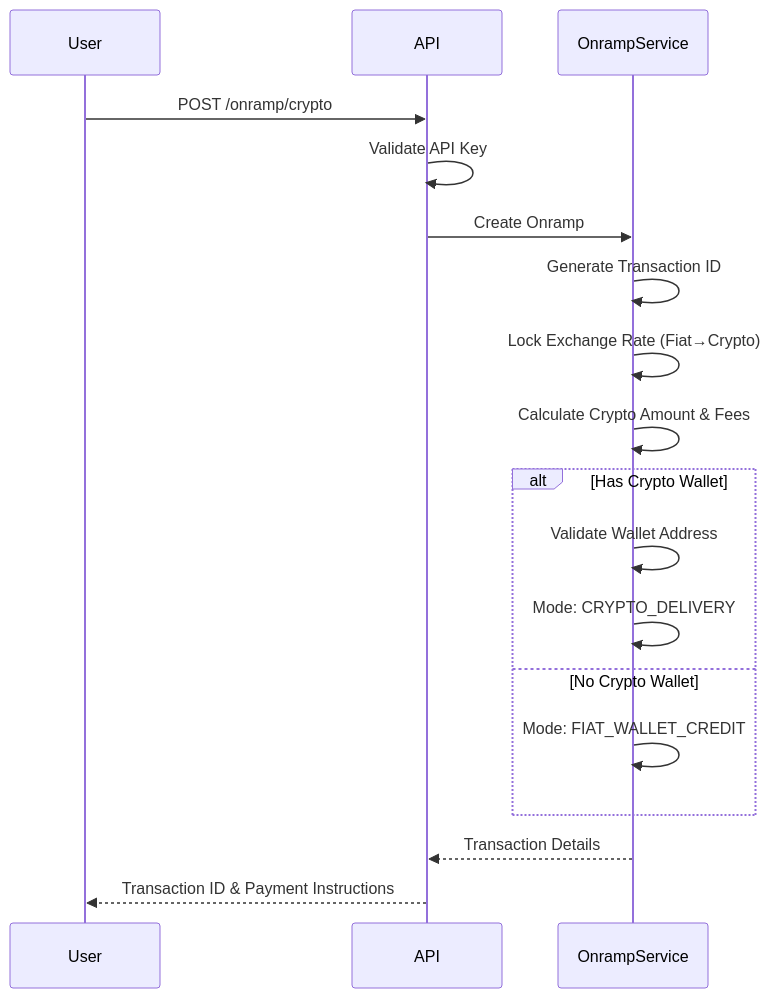
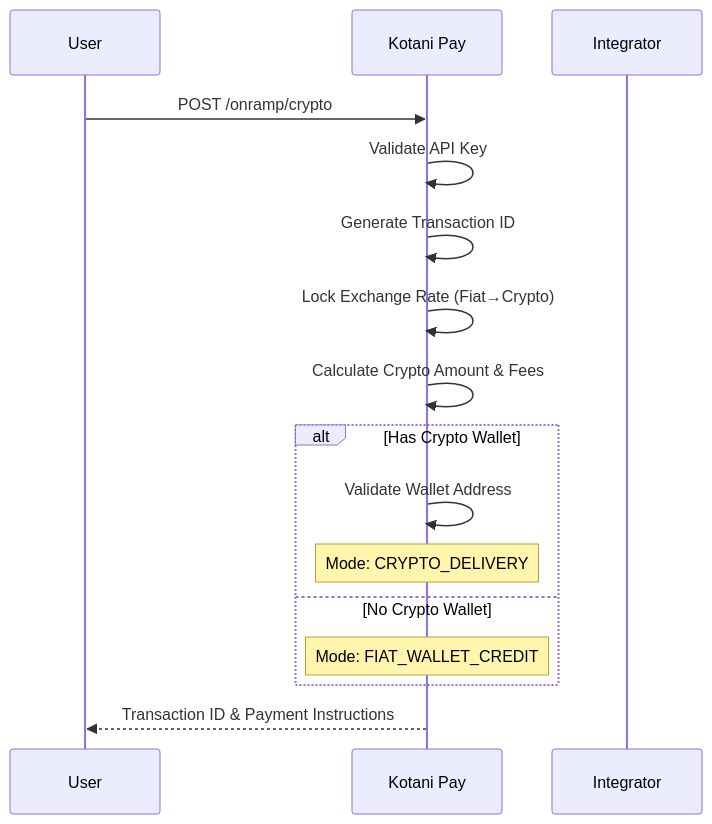
One commit to john-muinde/docs changed the first of 9 diagrams in v3/flows/onramp-flow.mdx. Above: the diagram before and after it, drawn with Mermaid. The commit also changed other lines of this file and 5 other files, not shown here.

````diff
--- a/v3/flows/onramp-flow.mdx
+++ b/v3/flows/onramp-flow.mdx
@@ -14,24 +14,21 @@
 ```mermaid
 sequenceDiagram
     participant User
-    participant API
-    participant OnrampService
+    participant Kotani Pay
+    participant Integrator
 
-    User->>API: POST /onramp/crypto
-    API->>API: Validate API Key
-    API->>OnrampService: Create Onramp
-
-    OnrampService->>OnrampService: Generate Transaction ID
-    OnrampService->>OnrampService: Lock Exchange Rate (Fiat→Crypto)
-    OnrampService->>OnrampService: Calculate Crypto Amount & Fees
+    User->>Kotani Pay: POST /onramp/crypto
+    Kotani Pay->>Kotani Pay: Validate API Key
+    Kotani Pay->>Kotani Pay: Generate Transaction ID
+    Kotani Pay->>Kotani Pay: Lock Exchange Rate (Fiat→Crypto)
+    Kotani Pay->>Kotani Pay: Calculate Crypto Amount & Fees
 
     alt Has Crypto Wallet
-        OnrampService->>OnrampService: Validate Wallet Address
-        OnrampService->>OnrampService: Mode: CRYPTO_DELIVERY
+        Kotani Pay->>Kotani Pay: Validate Wallet Address
+        Note over Kotani Pay: Mode: CRYPTO_DELIVERY
     else No Crypto Wallet
-        OnrampService->>OnrampService: Mode: FIAT_WALLET_CREDIT
+        Note over Kotani Pay: Mode: FIAT_WALLET_CREDIT
     end
 
-    OnrampService-->>API: Transaction Details
-    API-->>User: Transaction ID & Payment Instructions
+    Kotani Pay-->>User: Transaction ID & Payment Instructions
 ```
````
